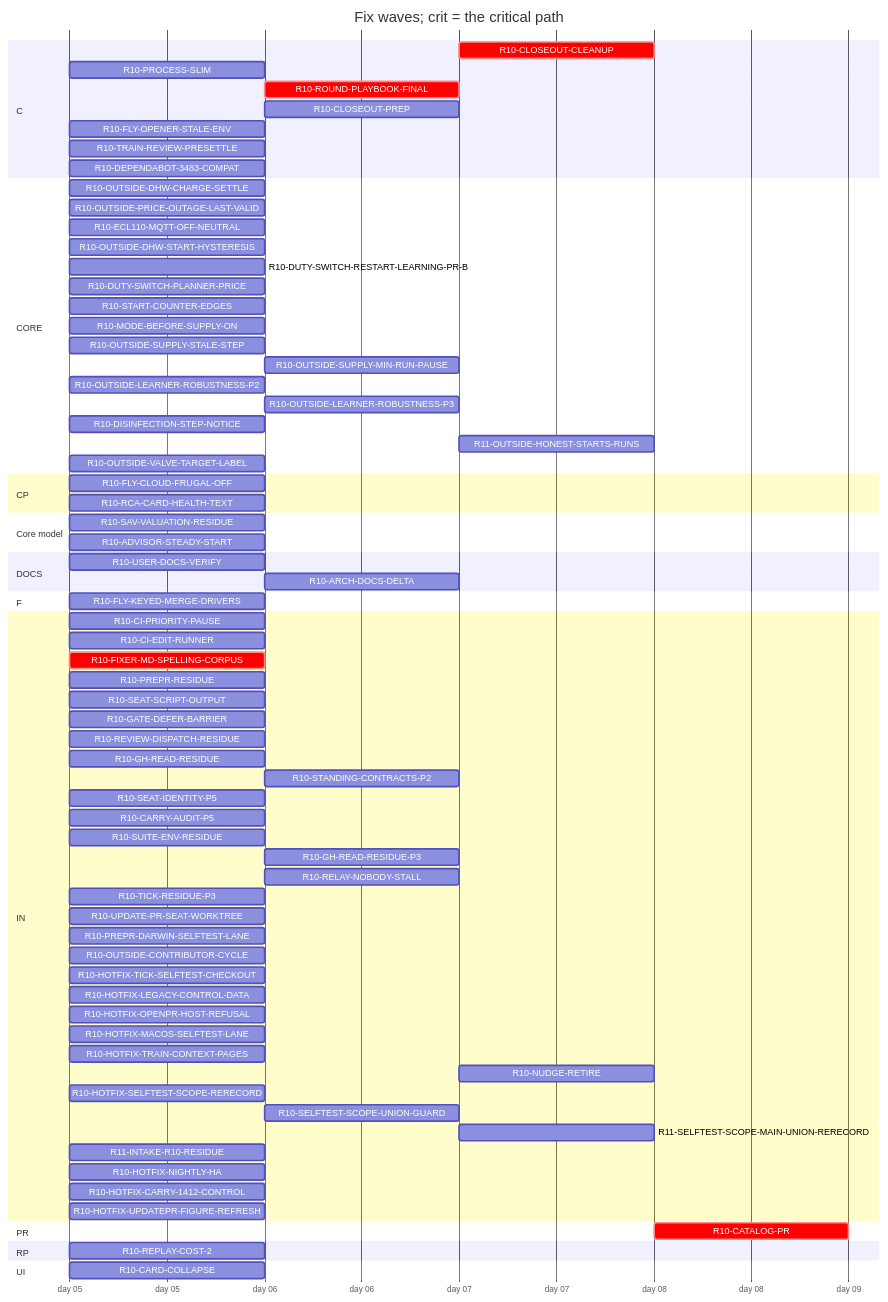
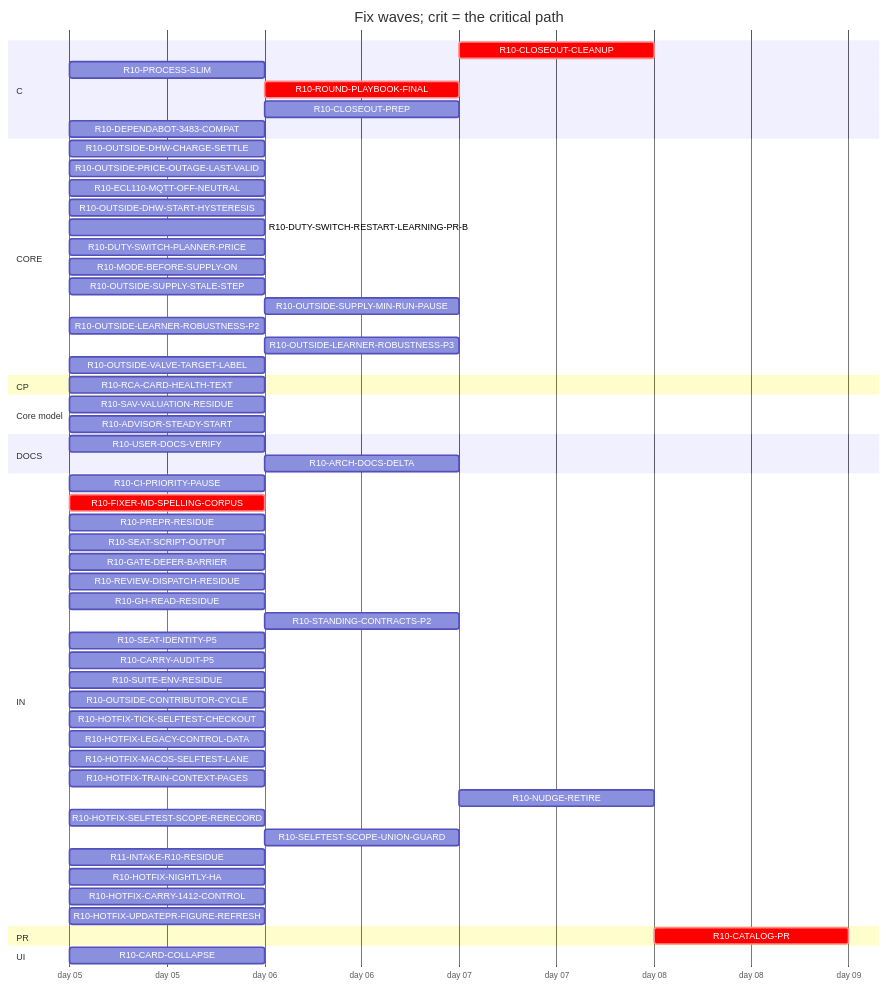
Before and after one commit to tvofi/heatpump_optimizer: the diagram in handoff/round10/state/PLAN-TABLE.md, drawn with Mermaid. The commit also changed other lines of this file and 3 other files, not shown here.

Commit message:
state: FLOW-BOARD.md, NEXT-SESSION-PROMPT.md, PLAN-TABLE.md, RESUME-CURRENT.md regenerated (state_docs.py)

````diff
--- a/handoff/round10/state/PLAN-TABLE.md
+++ b/handoff/round10/state/PLAN-TABLE.md
@@ -23,79 +21,61 @@
 ```mermaid
 gantt
   title Fix waves; crit = the critical path
   dateFormat YYYY-MM-DD
   axisFormat day %d
   section C
     R10-CLOSEOUT-CLEANUP :crit, r10CLOSEOUTCLEANUP, after r10USERDOCSVERIFY r10ROUNDPLAYBOOKFINAL r10CLOSEOUTPREP r10ARCHDOCSDELTA, 1d
     R10-PROCESS-SLIM :r10PROCESSSLIM, 2026-01-05, 1d
     R10-ROUND-PLAYBOOK-FINAL :crit, r10ROUNDPLAYBOOKFINAL, after r10FIXERMDSPELLINGCORPUS, 1d
     R10-CLOSEOUT-PREP :r10CLOSEOUTPREP, after r10FIXERMDSPELLINGCORPUS, 1d
-    R10-FLY-OPENER-STALE-ENV :r10FLYOPENERSTALEENV, 2026-01-05, 1d
-    R10-TRAIN-REVIEW-PRESETTLE :r10TRAINREVIEWPRESETTLE, 2026-01-05, 1d
     R10-DEPENDABOT-3483-COMPAT :r10DEPENDABOT3483COMPAT, 2026-01-05, 1d
   section CORE
     R10-OUTSIDE-DHW-CHARGE-SETTLE :r10OUTSIDEDHWCHARGESETTLE, 2026-01-05, 1d
     R10-OUTSIDE-PRICE-OUTAGE-LAST-VALID :r10OUTSIDEPRICEOUTAGELASTVALID, 2026-01-05, 1d
     R10-ECL110-MQTT-OFF-NEUTRAL :r10ECL110MQTTOFFNEUTRAL, 2026-01-05, 1d
     R10-OUTSIDE-DHW-START-HYSTERESIS :r10OUTSIDEDHWSTARTHYSTERESIS, 2026-01-05, 1d
     R10-DUTY-SWITCH-RESTART-LEARNING-PR-B :r10DUTYSWITCHRESTARTLEARNINGPRB, 2026-01-05, 1d
     R10-DUTY-SWITCH-PLANNER-PRICE :r10DUTYSWITCHPLANNERPRICE, 2026-01-05, 1d
-    R10-START-COUNTER-EDGES :r10STARTCOUNTEREDGES, 2026-01-05, 1d
     R10-MODE-BEFORE-SUPPLY-ON :r10MODEBEFORESUPPLYON, 2026-01-05, 1d
     R10-OUTSIDE-SUPPLY-STALE-STEP :r10OUTSIDESUPPLYSTALESTEP, 2026-01-05, 1d
     R10-OUTSIDE-SUPPLY-MIN-RUN-PAUSE :r10OUTSIDESUPPLYMINRUNPAUSE, after r10OUTSIDESUPPLYSTALESTEP, 1d
     R10-OUTSIDE-LEARNER-ROBUSTNESS-P2 :r10OUTSIDELEARNERROBUSTNESSP2, 2026-01-05, 1d
     R10-OUTSIDE-LEARNER-ROBUSTNESS-P3 :r10OUTSIDELEARNERROBUSTNESSP3, after r10OUTSIDELEARNERROBUSTNESSP2, 1d
-    R10-DISINFECTION-STEP-NOTICE :r10DISINFECTIONSTEPNOTICE, 2026-01-05, 1d
-    R11-OUTSIDE-HONEST-STARTS-RUNS :r11OUTSIDEHONESTSTARTSRUNS, after r10DUTYSWITCHPLANNERPRICE r10OUTSIDEDHWSTARTHYSTERESIS r10OUTSIDESUPPLYMINRUNPAUSE r10ADVISORSTEADYSTART, 1d
     R10-OUTSIDE-VALVE-TARGET-LABEL :r10OUTSIDEVALVETARGETLABEL, 2026-01-05, 1d
   section CP
-    R10-FLY-CLOUD-FRUGAL-OFF :r10FLYCLOUDFRUGALOFF, 2026-01-05, 1d
     R10-RCA-CARD-HEALTH-TEXT :r10RCACARDHEALTHTEXT, 2026-01-05, 1d
   section Core model
     R10-SAV-VALUATION-RESIDUE :r10SAVVALUATIONRESIDUE, 2026-01-05, 1d
     R10-ADVISOR-STEADY-START :r10ADVISORSTEADYSTART, 2026-01-05, 1d
   section DOCS
     R10-USER-DOCS-VERIFY :r10USERDOCSVERIFY, 2026-01-05, 1d
     R10-ARCH-DOCS-DELTA :r10ARCHDOCSDELTA, after r10SAVVALUATIONRESIDUE r10ADVISORSTEADYSTART r10PROCESSSLIM, 1d
-  section F
-    R10-FLY-KEYED-MERGE-DRIVERS :r10FLYKEYEDMERGEDRIVERS, 2026-01-05, 1d
   section IN
     R10-CI-PRIORITY-PAUSE :r10CIPRIORITYPAUSE, 2026-01-05, 1d
-    R10-CI-EDIT-RUNNER :r10CIEDITRUNNER, 2026-01-05, 1d
     R10-FIXER-MD-SPELLING-CORPUS :crit, r10FIXERMDSPELLINGCORPUS, 2026-01-05, 1d
     R10-PREPR-RESIDUE :r10PREPRRESIDUE, 2026-01-05, 1d
     R10-SEAT-SCRIPT-OUTPUT :r10SEATSCRIPTOUTPUT, 2026-01-05, 1d
     R10-GATE-DEFER-BARRIER :r10GATEDEFERBARRIER, 2026-01-05, 1d
     R10-REVIEW-DISPATCH-RESIDUE :r10REVIEWDISPATCHRESIDUE, 2026-01-05, 1d
     R10-GH-READ-RESIDUE :r10GHREADRESIDUE, 2026-01-05, 1d
     R10-STANDING-CONTRACTS-P2 :r10STANDINGCONTRACTSP2, after r10FIXERMDSPELLINGCORPUS, 1d
     R10-SEAT-IDENTITY-P5 :r10SEATIDENTITYP5, 2026-01-05, 1d
     R10-CARRY-AUDIT-P5 :r10CARRYAUDITP5, 2026-01-05, 1d
     R10-SUITE-ENV-RESIDUE :r10SUITEENVRESIDUE, 2026-01-05, 1d
-    R10-GH-READ-RESIDUE-P3 :r10GHREADRESIDUEP3, after r10GHREADRESIDUE, 1d
-    R10-RELAY-NOBODY-STALL :r10RELAYNOBODYSTALL, after r10REVIEWDISPATCHRESIDUE, 1d
-    R10-TICK-RESIDUE-P3 :r10TICKRESIDUEP3, 2026-01-05, 1d
-    R10-UPDATE-PR-SEAT-WORKTREE :r10UPDATEPRSEATWORKTREE, 2026-01-05, 1d
-    R10-PREPR-DARWIN-SELFTEST-LANE :r10PREPRDARWINSELFTESTLANE, 2026-01-05, 1d
     R10-OUTSIDE-CONTRIBUTOR-CYCLE :r10OUTSIDECONTRIBUTORCYCLE, 2026-01-05, 1d
     R10-HOTFIX-TICK-SELFTEST-CHECKOUT :r10HOTFIXTICKSELFTESTCHECKOUT, 2026-01-05, 1d
     R10-HOTFIX-LEGACY-CONTROL-DATA :r10HOTFIXLEGACYCONTROLDATA, 2026-01-05, 1d
-    R10-HOTFIX-OPENPR-HOST-REFUSAL :r10HOTFIXOPENPRHOSTREFUSAL, 2026-01-05, 1d
     R10-HOTFIX-MACOS-SELFTEST-LANE :r10HOTFIXMACOSSELFTESTLANE, 2026-01-05, 1d
     R10-HOTFIX-TRAIN-CONTEXT-PAGES :r10HOTFIXTRAINCONTEXTPAGES, 2026-01-05, 1d
     R10-NUDGE-RETIRE :r10NUDGERETIRE, after r10ROUNDPLAYBOOKFINAL, 1d
     R10-HOTFIX-SELFTEST-SCOPE-RERECORD :r10HOTFIXSELFTESTSCOPERERECORD, 2026-01-05, 1d
     R10-SELFTEST-SCOPE-UNION-GUARD :r10SELFTESTSCOPEUNIONGUARD, after r10HOTFIXSELFTESTSCOPERERECORD, 1d
-    R11-SELFTEST-SCOPE-MAIN-UNION-RERECORD :r11SELFTESTSCOPEMAINUNIONRERECORD, after r10SELFTESTSCOPEUNIONGUARD, 1d
     R11-INTAKE-R10-RESIDUE :r11INTAKER10RESIDUE, 2026-01-05, 1d
     R10-HOTFIX-NIGHTLY-HA :r10HOTFIXNIGHTLYHA, 2026-01-05, 1d
     R10-HOTFIX-CARRY-1412-CONTROL :r10HOTFIXCARRY1412CONTROL, 2026-01-05, 1d
     R10-HOTFIX-UPDATEPR-FIGURE-REFRESH :r10HOTFIXUPDATEPRFIGUREREFRESH, 2026-01-05, 1d
   section PR
     R10-CATALOG-PR :crit, r10CATALOGPR, after r10USERDOCSVERIFY r10ROUNDPLAYBOOKFINAL r10CLOSEOUTCLEANUP r10CLOSEOUTPREP r10ARCHDOCSDELTA, 1d
-  section RP
-    R10-REPLAY-COST-2 :r10REPLAYCOST2, 2026-01-05, 1d
   section UI
     R10-CARD-COLLAPSE :r10CARDCOLLAPSE, 2026-01-05, 1d
 ```
````
